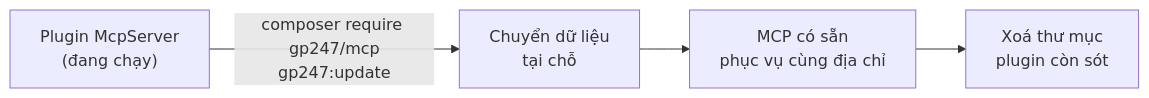
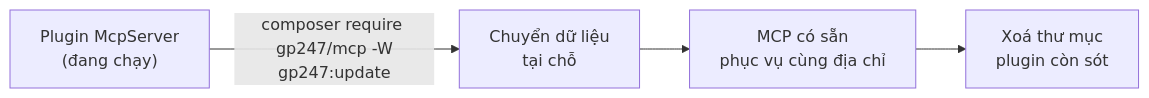
The second of 2 diagrams in mcp/mcp-administration_vi.md (gp247net/gp247-docs), drawn with Mermaid before and after one commit. The commit also changed other lines of this file and 20 other files, not shown here.

First line of the commit message:
docs(release): S-Cart 3.5.0 — built-in MCP server; composer require gp247/mcp -W

````diff
--- a/mcp/mcp-administration_vi.md
+++ b/mcp/mcp-administration_vi.md
@@ -109,6 +109,6 @@
 ```mermaid
 flowchart LR
-    P["Plugin McpServer<br/>(đang chạy)"] -->|"composer require gp247/mcp<br/>gp247:update"| M["Chuyển dữ liệu<br/>tại chỗ"]
+    P["Plugin McpServer<br/>(đang chạy)"] -->|"composer require gp247/mcp -W<br/>gp247:update"| M["Chuyển dữ liệu<br/>tại chỗ"]
     M --> N["MCP có sẵn<br/>phục vụ cùng địa chỉ"]
     N --> D["Xoá thư mục<br/>plugin còn sót"]
 ```
````
